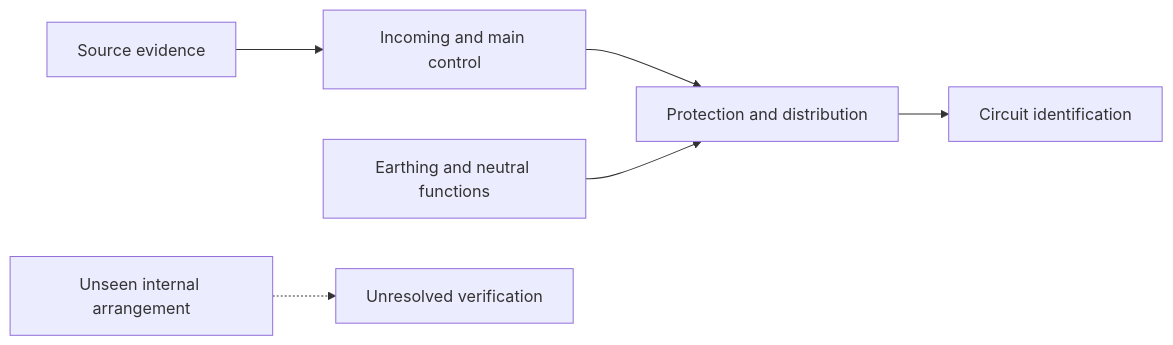
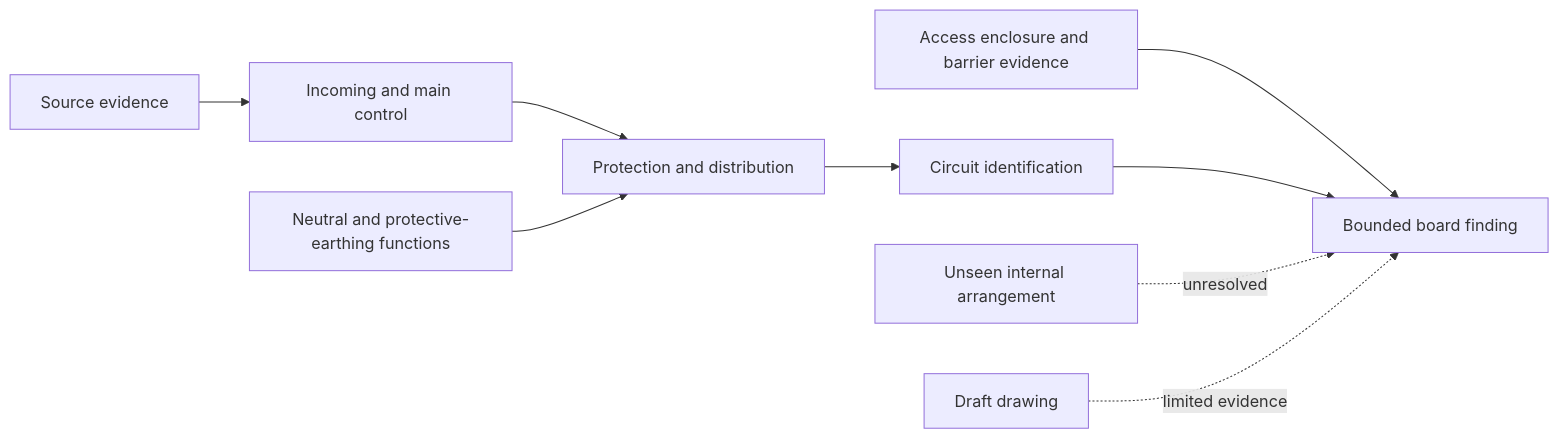
Before and after one commit to andrew3stedall/capstone: the second of 2 diagrams in docs/learning-plans/6-week/modules/day-24-switchboard-functional-areas-accessibility-and-identification.md, drawn with Mermaid. The commit also changed other lines of this file and 4 other files, not shown here.

````diff
--- a/docs/learning-plans/6-week/modules/day-24-switchboard-functional-areas-accessibility-and-identification.md
+++ b/docs/learning-plans/6-week/modules/day-24-switchboard-functional-areas-accessibility-and-identification.md
@@ -68,8 +160,11 @@
 ```mermaid
 flowchart LR
     S[Source evidence] --> I[Incoming and main control]
     I --> P[Protection and distribution]
     P --> C[Circuit identification]
-    E[Earthing and neutral functions] --> P
-    U[Unseen internal arrangement] -.-> Q[Unresolved verification]
+    N[Neutral and protective-earthing functions] --> P
+    A[Access enclosure and barrier evidence] --> Q[Bounded board finding]
+    C --> Q
+    U[Unseen internal arrangement] -. unresolved .-> Q
+    D[Draft drawing] -. limited evidence .-> Q
 ```
````
